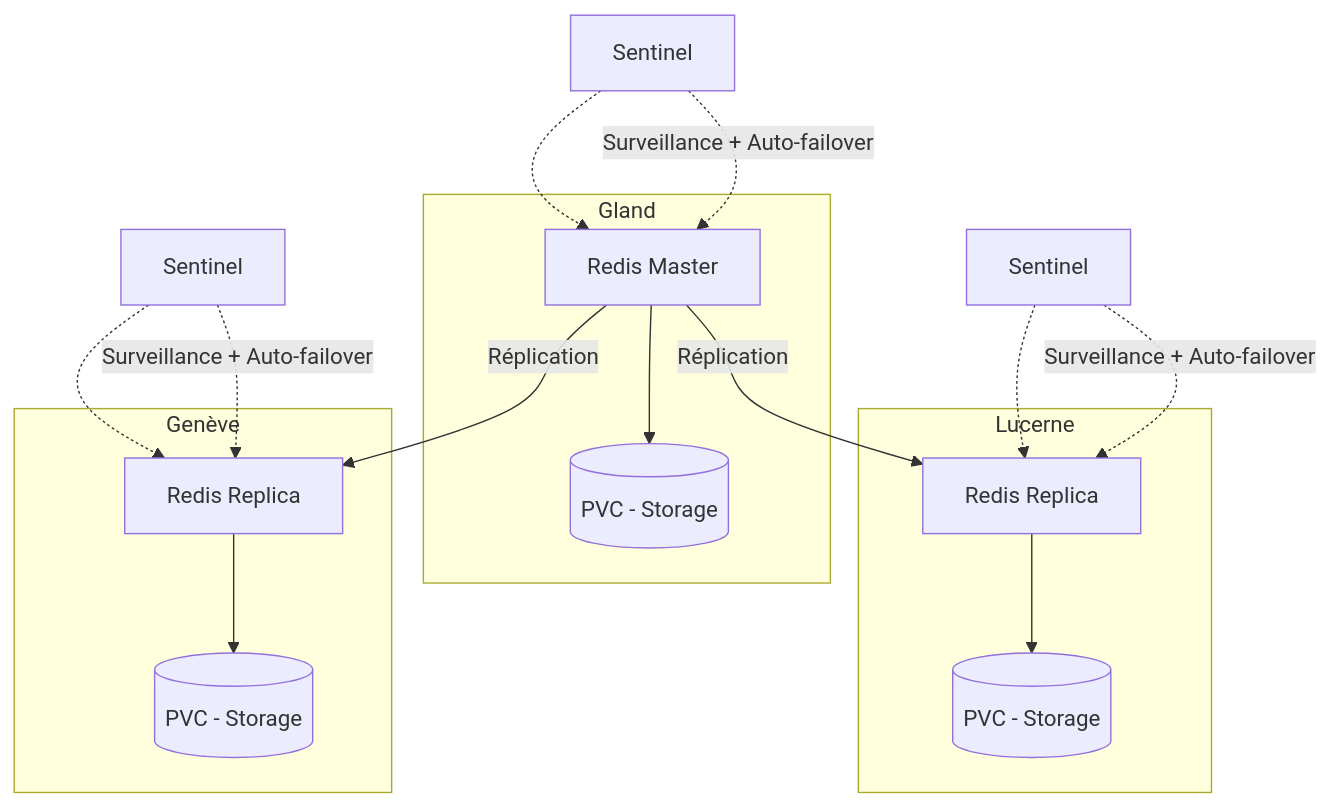
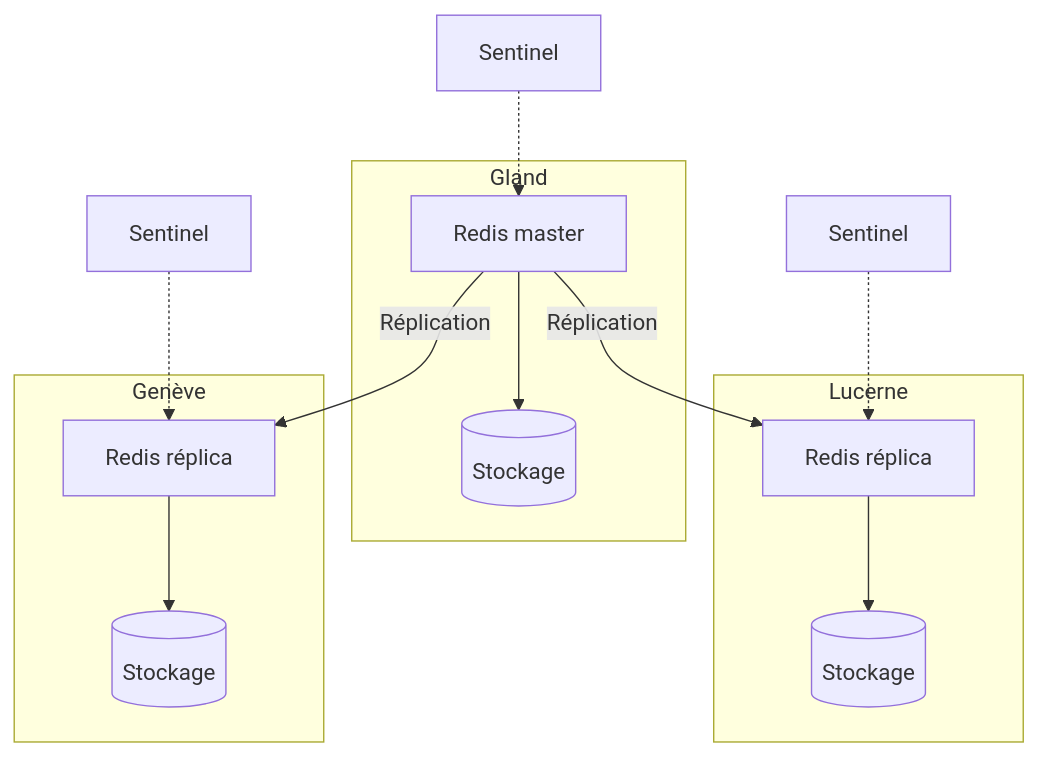
The diagram in docs/services/databases/redis/overview.md (HidoraSwiss/hikube-public-doc), drawn with Mermaid before and after one commit. The commit also changed other lines of this file and 59 other files, not shown here.

````diff
--- a/docs/services/databases/redis/overview.md
+++ b/docs/services/databases/redis/overview.md
@@ -47,26 +29,21 @@
 ```mermaid
 graph TD
     subgraph Gland
-        M1[Redis Master] --> PVC1[(PVC - Storage)]
+        M1[Redis master] --> PVC1[(Stockage)]
     end
 
     subgraph Lucerne
-        R1[Redis Replica] --> PVC2[(PVC - Storage)]
+        R1[Redis réplica] --> PVC2[(Stockage)]
     end
 
     subgraph Genève
-        R2[Redis Replica] --> PVC3[(PVC - Storage)]
+        R2[Redis réplica] --> PVC3[(Stockage)]
     end
 
-    %% Sentinel Cluster
     S1[Sentinel] -.-> M1
     S2[Sentinel] -.-> R1
     S3[Sentinel] -.-> R2
 
     M1 -->|Réplication| R1
     M1 -->|Réplication| R2
-
-    S1 -.->|Surveillance + Auto-failover| M1
-    S2 -.->|Surveillance + Auto-failover| R1
-    S3 -.->|Surveillance + Auto-failover| R2
 ```
````
